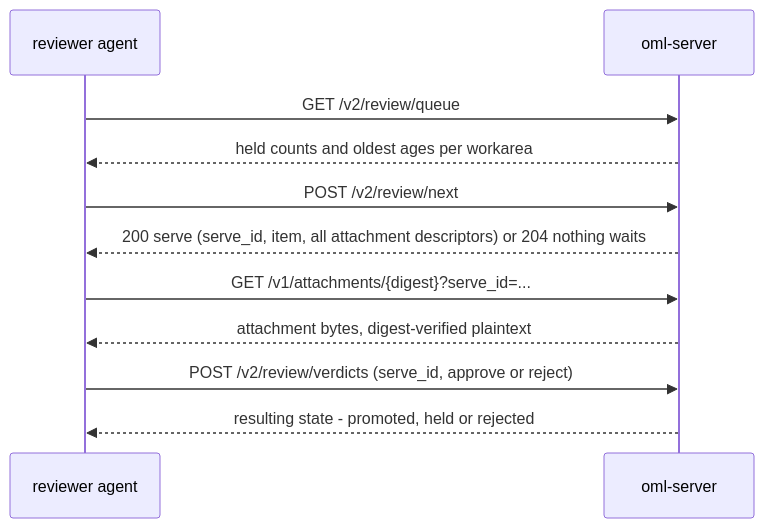
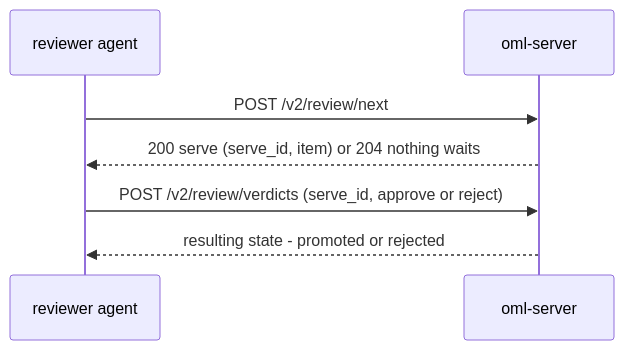
The diagram in docs/api/reviewer-crews.md (e8kor/open-memory-lab), drawn with Mermaid before and after one commit. The commit also changed other lines of this file and 67 other files, not shown here.

````diff
--- a/docs/api/reviewer-crews.md
+++ b/docs/api/reviewer-crews.md
@@ -42,13 +29,9 @@
 ```mermaid
 sequenceDiagram
     participant R as reviewer agent
     participant S as oml-server
-    R->>S: GET /v2/review/queue
-    S-->>R: held counts and oldest ages per workarea
     R->>S: POST /v2/review/next
-    S-->>R: 200 serve (serve_id, item, all attachment descriptors) or 204 nothing waits
-    R->>S: GET /v1/attachments/{digest}?serve_id=...
-    S-->>R: attachment bytes, digest-verified plaintext
+    S-->>R: 200 serve (serve_id, item) or 204 nothing waits
     R->>S: POST /v2/review/verdicts (serve_id, approve or reject)
-    S-->>R: resulting state - promoted, held or rejected
+    S-->>R: resulting state - promoted or rejected
 ```
````
